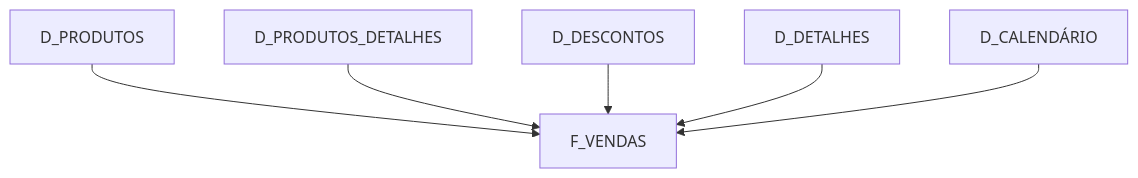
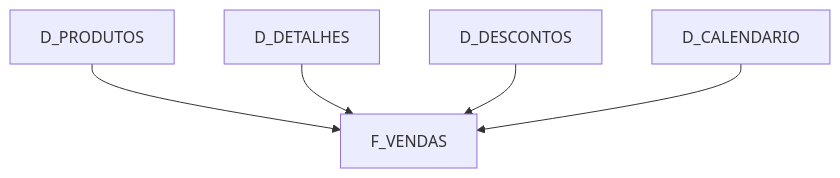
Before and after one commit to infpombo-gif/dio-star-schema-vendas-power-bi: the diagram in documentacao/diagrama_star_schema.mmd, drawn with Mermaid.

Commit message:
Reorganize star schema diagram elements

```diff
--- a/documentacao/diagrama_star_schema.mmd
+++ b/documentacao/diagrama_star_schema.mmd
@@ -1,14 +1,12 @@
 flowchart TD
+    DP["D_PRODUTOS"]
+    DDET["D_DETALHES"]
+    DD["D_DESCONTOS"]
+    DC["D_CALENDARIO"]
+
     FV["F_VENDAS"]
 
-    DP["D_PRODUTOS"]
-    DPD["D_PRODUTOS_DETALHES"]
-    DD["D_DESCONTOS"]
-    DDET["D_DETALHES"]
-    DC["D_CALENDÁRIO"]
-
     DP --> FV
-    DPD --> FV
+    DDET --> FV
     DD --> FV
-    DDET --> FV
     DC --> FV
```
